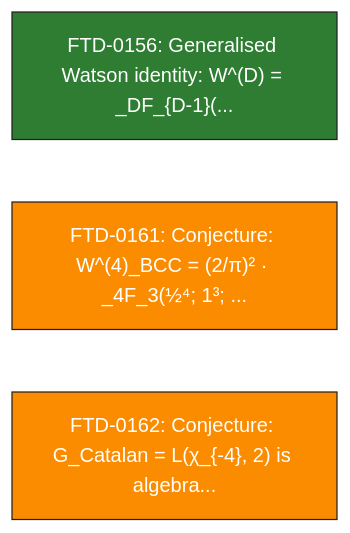
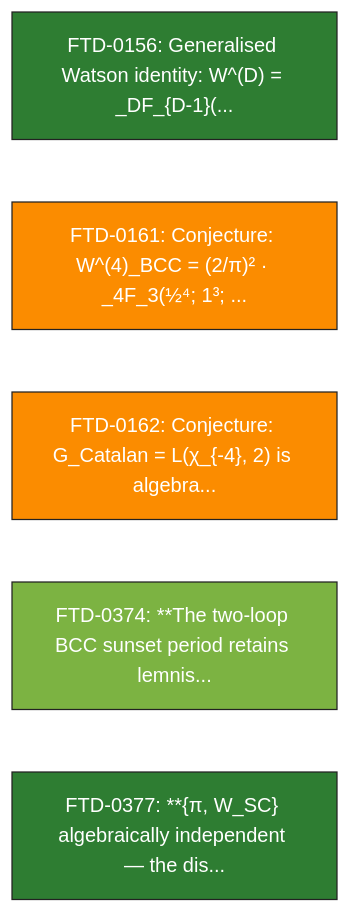
One commit to cpaci-tani/Foundational-Ternary-Dynamics changed diagram 11 of 16 in docs/theory/09_mathematical/NODE_MAP_FTD_MATH.md. Above: the diagram before and after it, drawn with Mermaid (base theme). The commit also changed other lines of this file and 2 other files, not shown here.

Commit message:
docs(tracker): dissemination-layer + x-/N_c residual sweeps logged as queued arcs (section 10); math node map regenerated from post-arc LEDGER (json + mermaid md)

````diff
--- a/docs/theory/09_mathematical/NODE_MAP_FTD_MATH.md
+++ b/docs/theory/09_mathematical/NODE_MAP_FTD_MATH.md
@@ -499,9 +523,13 @@
 ```mermaid
 graph LR
     FTD_0156["FTD-0156: Generalised Watson identity: W^(D) = _DF_{D-1}(..."]
     style FTD_0156 fill:#2e7d32,color:white,stroke:#222,stroke-width:1px
     FTD_0161["FTD-0161: Conjecture: W^(4)_BCC = (2/π)² · _4F_3(½⁴; 1³; ..."]
     style FTD_0161 fill:#fb8c00,color:white,stroke:#222,stroke-width:1px
     FTD_0162["FTD-0162: Conjecture: G_Catalan = L(χ_{-4}, 2) is algebra..."]
     style FTD_0162 fill:#fb8c00,color:white,stroke:#222,stroke-width:1px
+    FTD_0374["FTD-0374: **The two-loop BCC sunset period retains lemnis..."]
+    style FTD_0374 fill:#7cb342,color:white,stroke:#222,stroke-width:1px
+    FTD_0377["FTD-0377: **{π, W_SC} algebraically independent — the dis..."]
+    style FTD_0377 fill:#2e7d32,color:white,stroke:#222,stroke-width:1px
 ```
````
